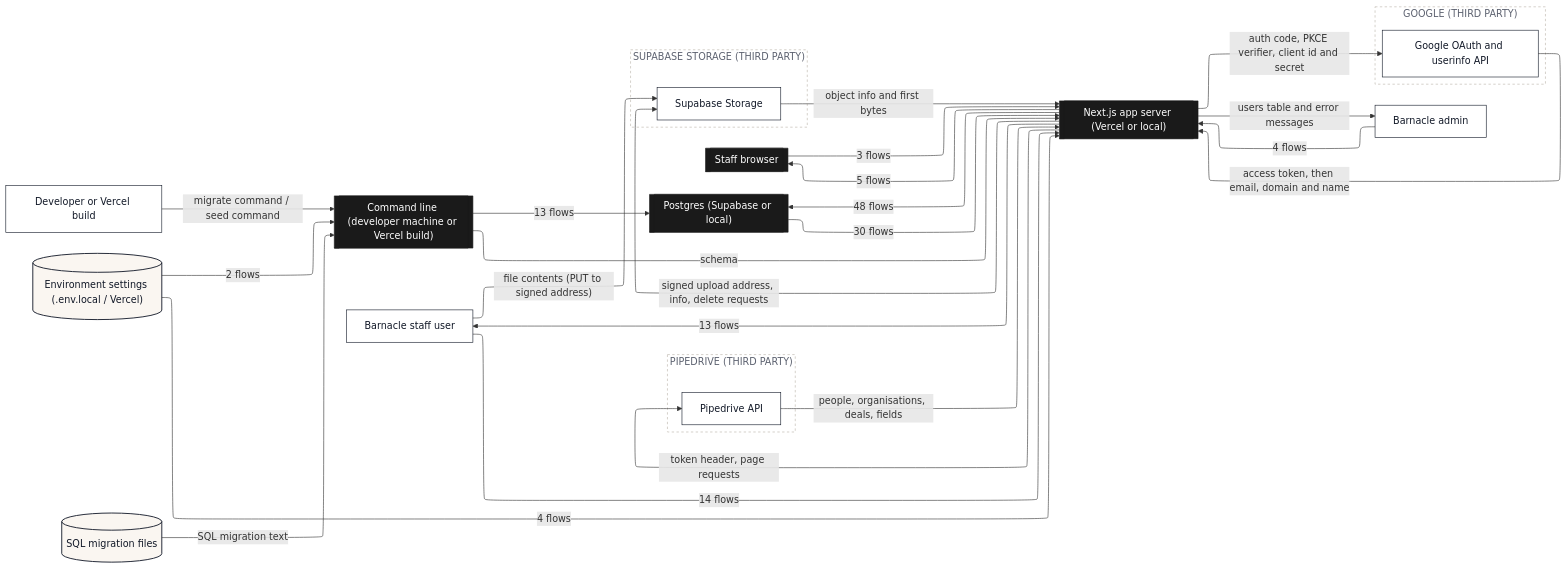
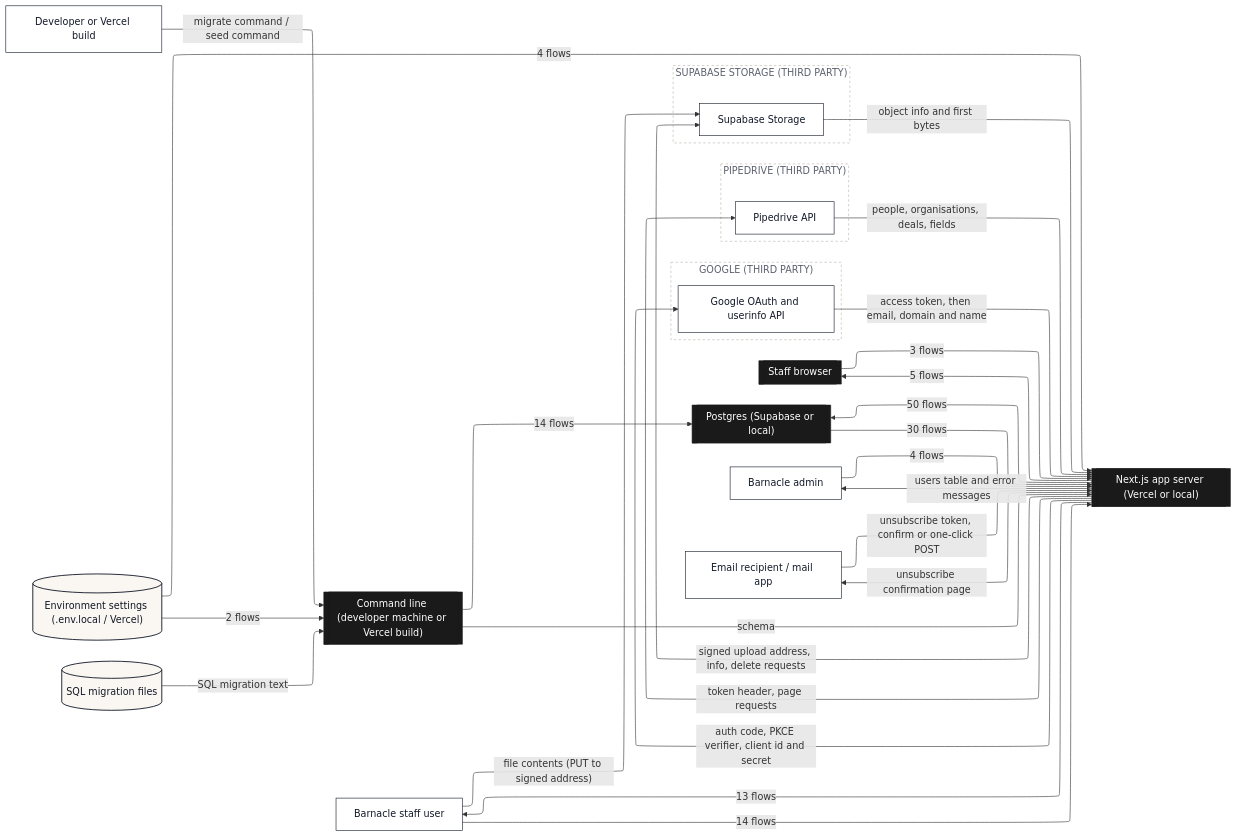
The second of 13 diagrams in dataflow/DATAFLOW.md (Romain-Perche/Barnacle-Pipe), drawn with Mermaid before and after one commit. The commit also changed other lines of this file and 7 other files, not shown here.

````diff
--- a/dataflow/DATAFLOW.md
+++ b/dataflow/DATAFLOW.md
@@ -126,58 +132,61 @@
 ```mermaid
 ---
 config:
   layout: elk
 ---
 flowchart LR
     n1[["Next.js app server (Vercel or local)"]]
     n2[["Staff browser"]]
     n3[["Command line (developer machine or Vercel build)"]]
     n4[["Postgres (Supabase or local)"]]
     n5["Barnacle admin"]
     n6["Developer or Vercel build"]
-    n7[("Environment settings (.env.local / Vercel)")]
-    n8[("SQL migration files")]
-    n9["Barnacle staff user"]
+    n7["Email recipient / mail app"]
+    n8[("Environment settings (.env.local / Vercel)")]
+    n9[("SQL migration files")]
+    n10["Barnacle staff user"]
     subgraph z1["GOOGLE (THIRD PARTY)"]
-        n10["Google OAuth and userinfo API"]
+        n11["Google OAuth and userinfo API"]
     end
     subgraph z2["PIPEDRIVE (THIRD PARTY)"]
-        n11["Pipedrive API"]
+        n12["Pipedrive API"]
     end
     subgraph z3["SUPABASE STORAGE (THIRD PARTY)"]
-        n12["Supabase Storage"]
+        n13["Supabase Storage"]
     end
-    n1 -->|"48 flows"| n4
-    n1 -->|"13 flows"| n9
+    n1 -->|"50 flows"| n4
+    n1 -->|"13 flows"| n10
     n4 -->|"30 flows"| n1
     n5 -->|"4 flows"| n1
     n2 -->|"3 flows"| n1
     n6 -->|"migrate command / seed command"| n3
-    n7 -->|"4 flows"| n1
-    n7 -->|"2 flows"| n3
+    n7 -->|"unsubscribe token, confirm or one-click POST"| n1
+    n8 -->|"4 flows"| n1
+    n8 -->|"2 flows"| n3
     n1 -->|"5 flows"| n2
-    n1 -->|"signed upload address, info, delete requests"| n12
-    n1 -->|"auth code, PKCE verifier, client id and secret"| n10
-    n10 -->|"access token, then email, domain and name"| n1
-    n3 -->|"13 flows"| n4
+    n1 -->|"signed upload address, info, delete requests"| n13
+    n1 -->|"auth code, PKCE verifier, client id and secret"| n11
+    n11 -->|"access token, then email, domain and name"| n1
+    n3 -->|"14 flows"| n4
     n3 -->|"schema"| n1
-    n8 -->|"SQL migration text"| n3
-    n11 -->|"people, organisations, deals, fields"| n1
-    n1 -->|"token header, page requests"| n11
-    n9 -->|"14 flows"| n1
-    n9 -->|"file contents (PUT to signed address)"| n12
-    n12 -->|"object info and first bytes"| n1
+    n9 -->|"SQL migration text"| n3
+    n12 -->|"people, organisations, deals, fields"| n1
+    n1 -->|"token header, page requests"| n12
+    n10 -->|"14 flows"| n1
+    n10 -->|"file contents (PUT to signed address)"| n13
+    n13 -->|"object info and first bytes"| n1
+    n1 -->|"unsubscribe confirmation page"| n7
     n1 -->|"users table and error messages"| n5
     classDef actor fill:#FFFFFF,stroke:#111827,stroke-width:1px,color:#111827
     classDef process fill:#EDEAFF,stroke:#2B00FF,stroke-width:1.5px,color:#111827
     classDef store fill:#FAF6F1,stroke:#111827,stroke-width:1.5px,color:#111827
     classDef zone fill:#1A1A1A,stroke:#1A1A1A,color:#FFFFFF
     classDef group fill:#2B00FF,stroke:#2B00FF,color:#FFFFFF
     classDef stub fill:#FFFFFF,stroke:#2B00FF,stroke-width:1.5px,stroke-dasharray:5 4,color:#2B00FF
-    class n5,n6,n9,n10,n11,n12 actor
-    class n7,n8 store
+    class n5,n6,n7,n10,n11,n12,n13 actor
+    class n8,n9 store
     class n1,n2,n3,n4 zone
     style z1 fill:#FFFFFF,stroke:#B9B2A8,stroke-dasharray:4 4,color:#5D6270
     style z2 fill:#FFFFFF,stroke:#B9B2A8,stroke-dasharray:4 4,color:#5D6270
     style z3 fill:#FFFFFF,stroke:#B9B2A8,stroke-dasharray:4 4,color:#5D6270
 ```
````
